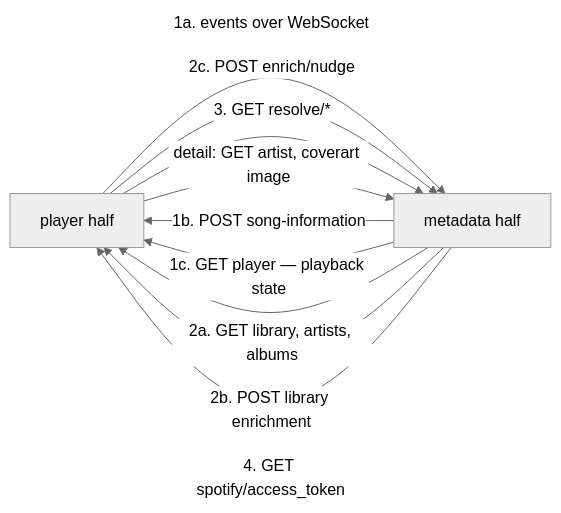
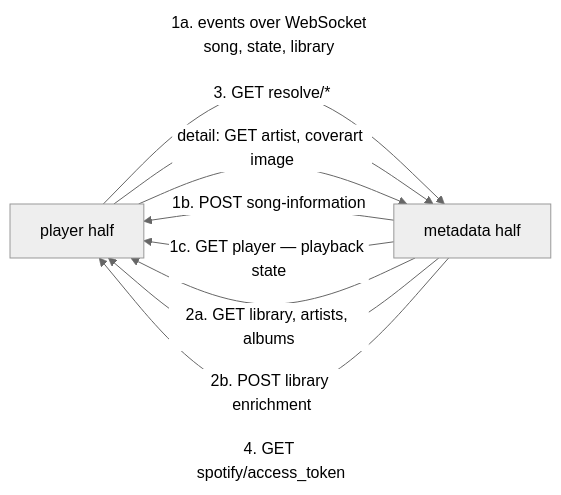
Before and after one commit to hifiberry/acr: the second of 8 diagrams in doc/communications.md, drawn with Mermaid (neutral theme). The commit also changed other lines of this file and 14 other files, not shown here.

````diff
--- a/doc/communications.md
+++ b/doc/communications.md
@@ -188,15 +188,14 @@
 ```mermaid
 graph LR
     P["player half"]
     M["metadata half"]
 
-    P -->|"1a. events over WebSocket"| M
+    P -->|"1a. events over WebSocket<br/>song, state, library"| M
     M -->|"1b. POST song-information"| P
     M -->|"1c. GET player — playback state"| P
     M -->|"2a. GET library, artists, albums"| P
     M -->|"2b. POST library enrichment"| P
-    P -->|"2c. POST enrich/nudge"| M
     P -->|"3. GET resolve/*"| M
     M -->|"4. GET spotify/access_token"| P
     P -->|"detail: GET artist, coverart image"| M
 ```
````
